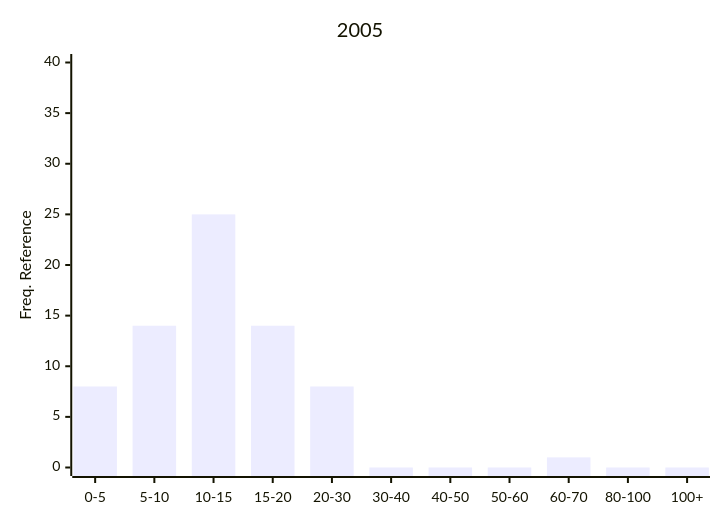
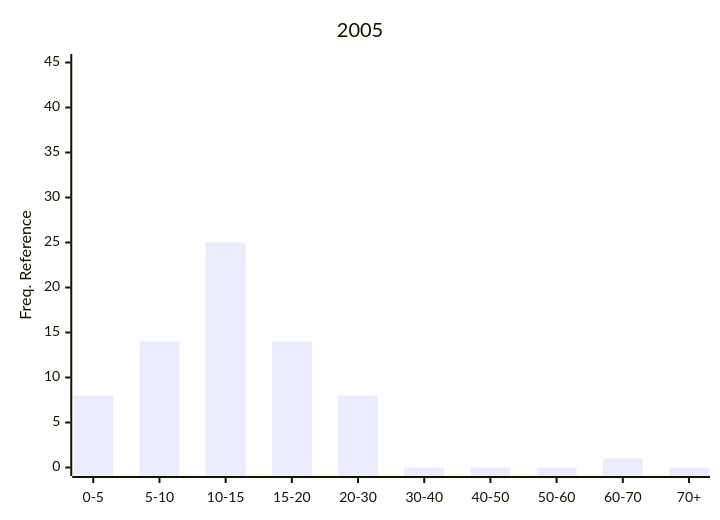
Before and after one commit to Nemus-Project/fair-nime-2026: the ninth of 29 diagrams in README.md, drawn with Mermaid. The commit also changed other lines of this file, not shown here.

Commit message:
add freq charts

````diff
--- a/README.md
+++ b/README.md
@@ -511,7 +514,7 @@
 ```mermaid
 xychart-beta
     title "2005"
-    x-axis ["0-5", "5-10", "10-15", "15-20", "20-30", "30-40", "40-50", "50-60", "60-70", "80-100", "100+"]
-    y-axis "Freq. Reference" 0 --> 40
-    bar [8, 14, 25, 14, 8, 0, 0, 0, 1, 0, 0]
+    x-axis ["0-5", "5-10", "10-15", "15-20", "20-30", "30-40", "40-50", "50-60", "60-70", "70+"]
+    y-axis "Freq. Reference" 0 --> 45
+    bar [8, 14, 25, 14, 8, 0, 0, 0, 1, 0]
 ```    
````
